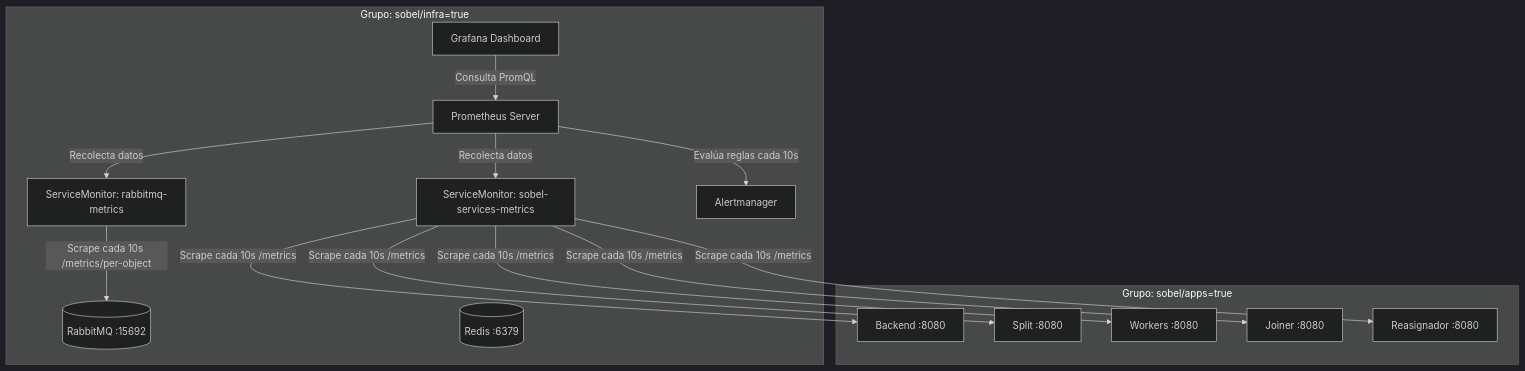
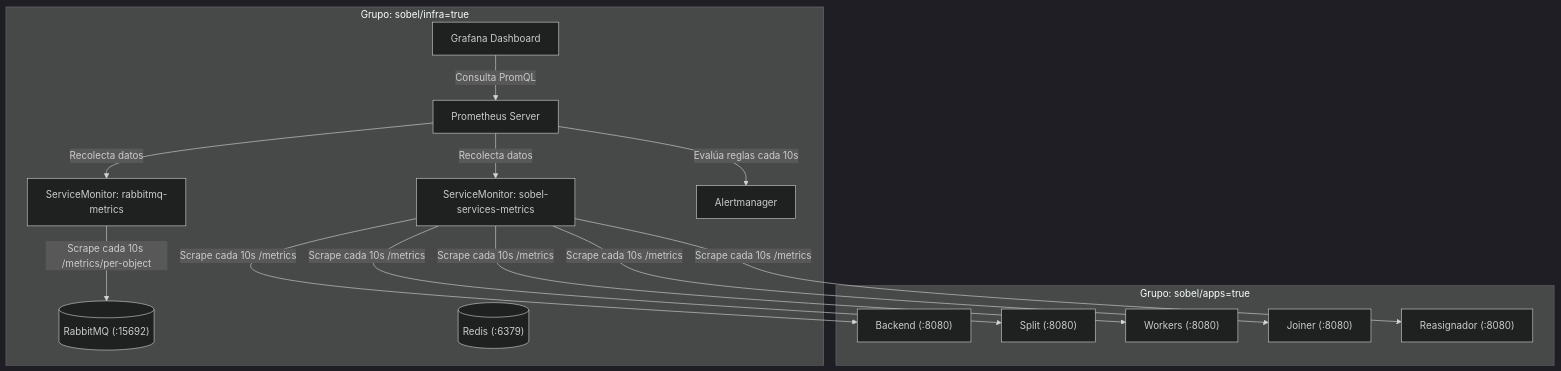
One commit to chimera-sdypp/sdypp_tp3 changed the diagram in hit4/README.md. Above: the diagram before and after it, drawn with Mermaid (dark theme). The commit also changed other lines of this file and 4 other files, not shown here.

Commit message:
fix(hit4): paneles de nodo, tareas y errores, max en colas, grafana secret y fix mermaid

````diff
--- a/hit4/README.md
+++ b/hit4/README.md
@@ -11,29 +11,29 @@
 ```mermaid
 flowchart TD
-    subgraph apps_pool [Grupo: sobel/apps=true]
-        B[Backend :8080]
-        S[Split :8080]
-        W[Workers :8080]
-        J[Joiner :8080]
-        R[Reasignador :8080]
+    subgraph apps_pool ["Grupo: sobel/apps=true"]
+        B["Backend (:8080)"]
+        S["Split (:8080)"]
+        W["Workers (:8080)"]
+        J["Joiner (:8080)"]
+        R["Reasignador (:8080)"]
     end
 
-    subgraph infra_pool [Grupo: sobel/infra=true]
-        RMQ[(RabbitMQ :15692)]
-        RD[(Redis :6379)]
+    subgraph infra_pool ["Grupo: sobel/infra=true"]
+        RMQ[("RabbitMQ (:15692)")]
+        RD[("Redis (:6379)")]
         
-        SM_APP[ServiceMonitor: sobel-services-metrics]
-        SM_RMQ[ServiceMonitor: rabbitmq-metrics]
+        SM_APP["ServiceMonitor: sobel-services-metrics"]
+        SM_RMQ["ServiceMonitor: rabbitmq-metrics"]
         
-        PROM[Prometheus Server]
-        AM[Alertmanager]
-        GRAF[Grafana Dashboard]
+        PROM["Prometheus Server"]
+        AM["Alertmanager"]
+        GRAF["Grafana Dashboard"]
     end
 
-    SM_APP -->|Scrape cada 10s /metrics| B & S & W & J & R
-    SM_RMQ -->|Scrape cada 10s /metrics/per-object| RMQ
+    SM_APP -->|"Scrape cada 10s /metrics"| B & S & W & J & R
+    SM_RMQ -->|"Scrape cada 10s /metrics/per-object"| RMQ
     
-    PROM -->|Recolecta datos| SM_APP & SM_RMQ
-    PROM -->|Evalúa reglas cada 10s| AM
-    GRAF -->|Consulta PromQL| PROM
+    PROM -->|"Recolecta datos"| SM_APP & SM_RMQ
+    PROM -->|"Evalúa reglas cada 10s"| AM
+    GRAF -->|"Consulta PromQL"| PROM
 ```
````
